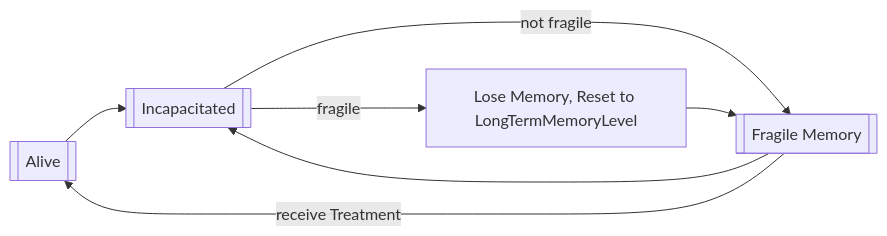
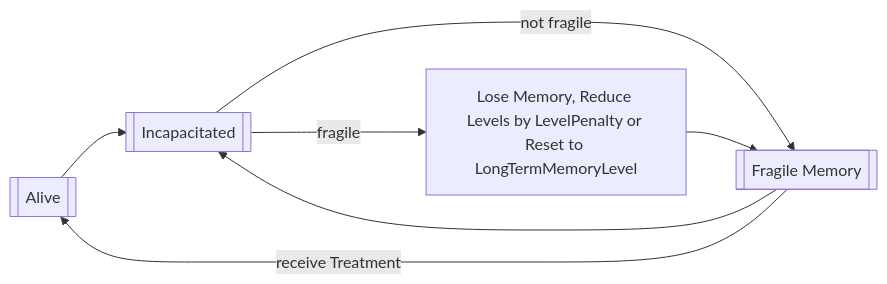
One commit to jonathan-robertson/amnesia changed the diagram in README.md. Above: the diagram before and after it, drawn with Mermaid. The commit also changed other lines of this file and 8 other files, not shown here.

Commit message:
add LevelPenalty option

````diff
--- a/README.md
+++ b/README.md
@@ -52,11 +52,11 @@
 ```mermaid
 flowchart LR
     alive[[Alive]]-->incap[[Incapacitated]]
     incap-->|not fragile|fragile[[Fragile Memory]]
-    incap-->|fragile|amnesia[Lose Memory, Reset to LongTermMemoryLevel]
+    incap-->|fragile|amnesia[Lose Memory, Reduce Levels by LevelPenalty or Reset to LongTermMemoryLevel]
 
     amnesia-->fragile
     fragile-->incap
 
     fragile-->|receive Treatment|alive
 ```
````
